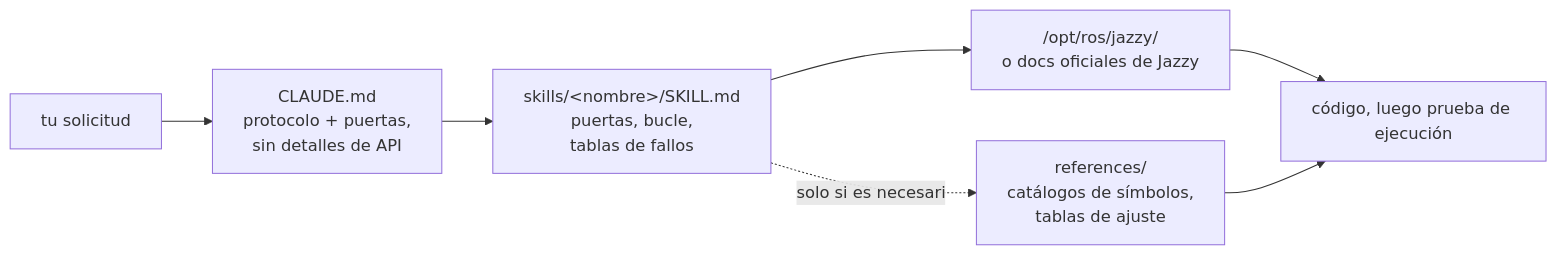
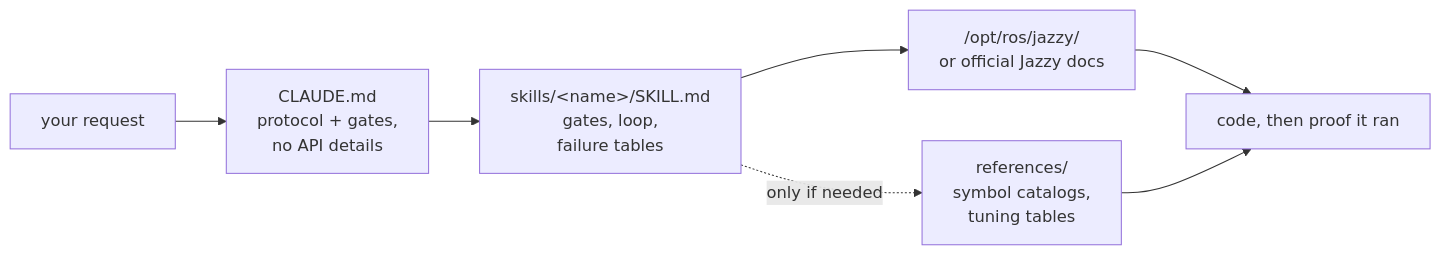
One commit to Leehyunbin0131/claude-ros2-skills changed the diagram in README.es.md. Above: the diagram before and after it, drawn with Mermaid. The commit also changed other lines of this file and 5 other files, not shown here.

Commit message:
docs: sync all translated READMEs with updated Evals and Roadmap in English README

````diff
--- a/README.es.md
+++ b/README.es.md
@@ -155,9 +178,9 @@
 ```mermaid
 flowchart LR
-    A["tu solicitud"] --> B["CLAUDE.md<br/>protocolo + puertas,<br/>sin detalles de API"]
-    B --> C["skills/&lt;nombre&gt;/SKILL.md<br/>puertas, bucle,<br/>tablas de fallos"]
-    C --> D["/opt/ros/jazzy/<br/>o docs oficiales de Jazzy"]
-    C -.solo si es necesario.-> R["references/<br/>catálogos de símbolos,<br/>tablas de ajuste"]
-    D --> E["código, luego prueba de ejecución"]
+    A["your request"] --> B["CLAUDE.md<br/>protocol + gates,<br/>no API details"]
+    B --> C["skills/&lt;name&gt;/SKILL.md<br/>gates, loop,<br/>failure tables"]
+    C --> D["/opt/ros/jazzy/<br/>or official Jazzy docs"]
+    C -.only if needed.-> R["references/<br/>symbol catalogs,<br/>tuning tables"]
+    D --> E["code, then proof it ran"]
     R --> E
 ```
````
